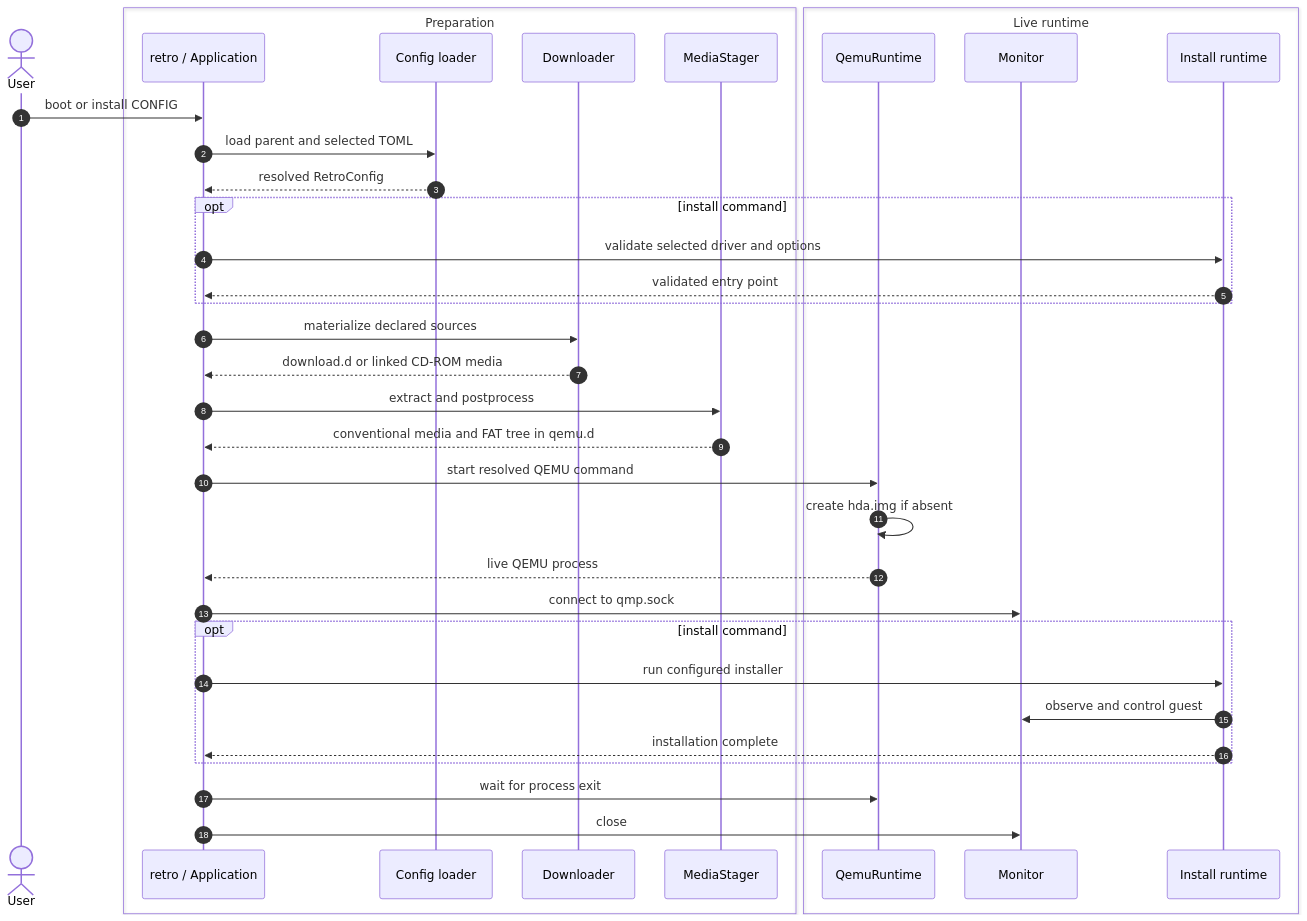
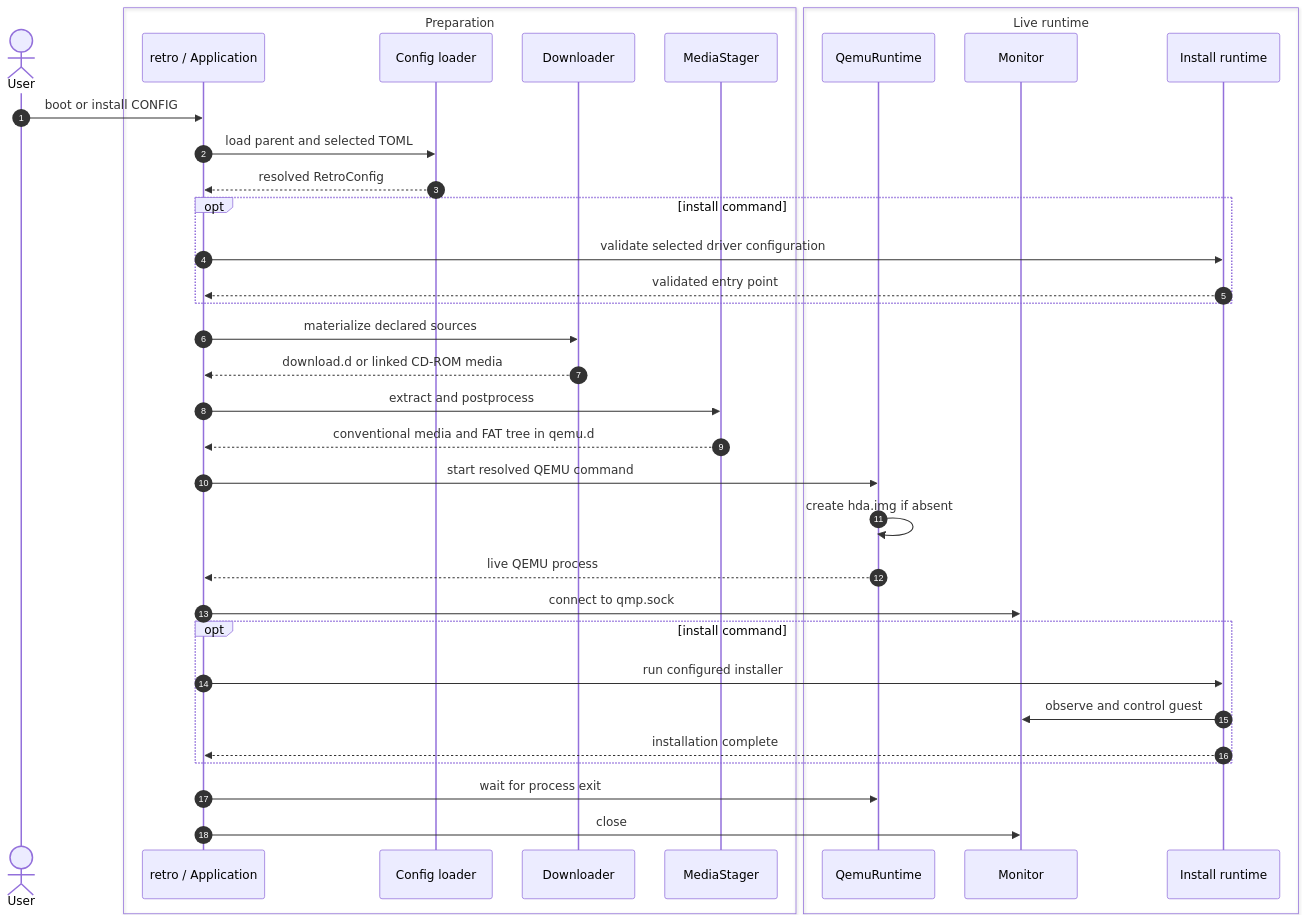
One commit to jblang/retrodist changed the third of 4 diagrams in ARCHITECTURE.md. Above: the diagram before and after it, drawn with Mermaid. The commit also changed other lines of this file and 23 other files, not shown here.

````diff
--- a/ARCHITECTURE.md
+++ b/ARCHITECTURE.md
@@ -152,40 +159,40 @@
 ```mermaid
 %%{init: {"sequence": {"diagramMarginX": 24, "actorMargin": 40, "messageMargin": 28}}}%%
 sequenceDiagram
     autonumber
     actor User
     box Preparation
         participant CLI as retro / Application
         participant Config as Config loader
         participant Download as Downloader
         participant Stage as MediaStager
     end
     box Live runtime
         participant VM as QemuRuntime
         participant QMP as Monitor
         participant Install as Install runtime
     end
 
     User->>CLI: boot or install CONFIG
     CLI->>Config: load parent and selected TOML
     Config-->>CLI: resolved RetroConfig
     opt install command
-        CLI->>Install: validate selected driver and options
+        CLI->>Install: validate selected driver configuration
         Install-->>CLI: validated entry point
     end
     CLI->>Download: materialize declared sources
     Download-->>CLI: download.d or linked CD-ROM media
     CLI->>Stage: extract and postprocess
     Stage-->>CLI: conventional media and FAT tree in qemu.d
     CLI->>VM: start resolved QEMU command
     VM->>VM: create hda.img if absent
     VM-->>CLI: live QEMU process
     CLI->>QMP: connect to qmp.sock
     opt install command
         CLI->>Install: run configured installer
         Install->>QMP: observe and control guest
         Install-->>CLI: installation complete
     end
     CLI->>VM: wait for process exit
     CLI->>QMP: close
 ```
````
